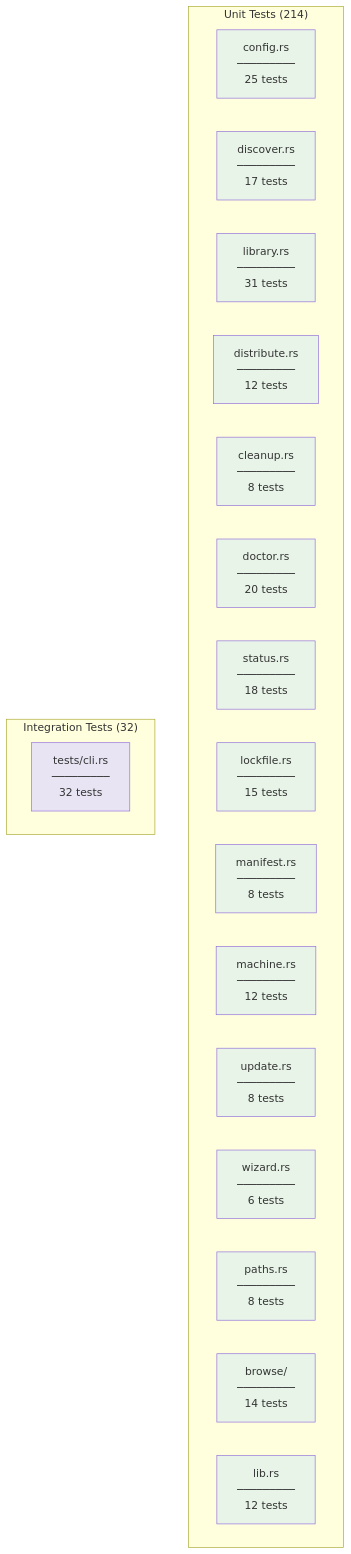
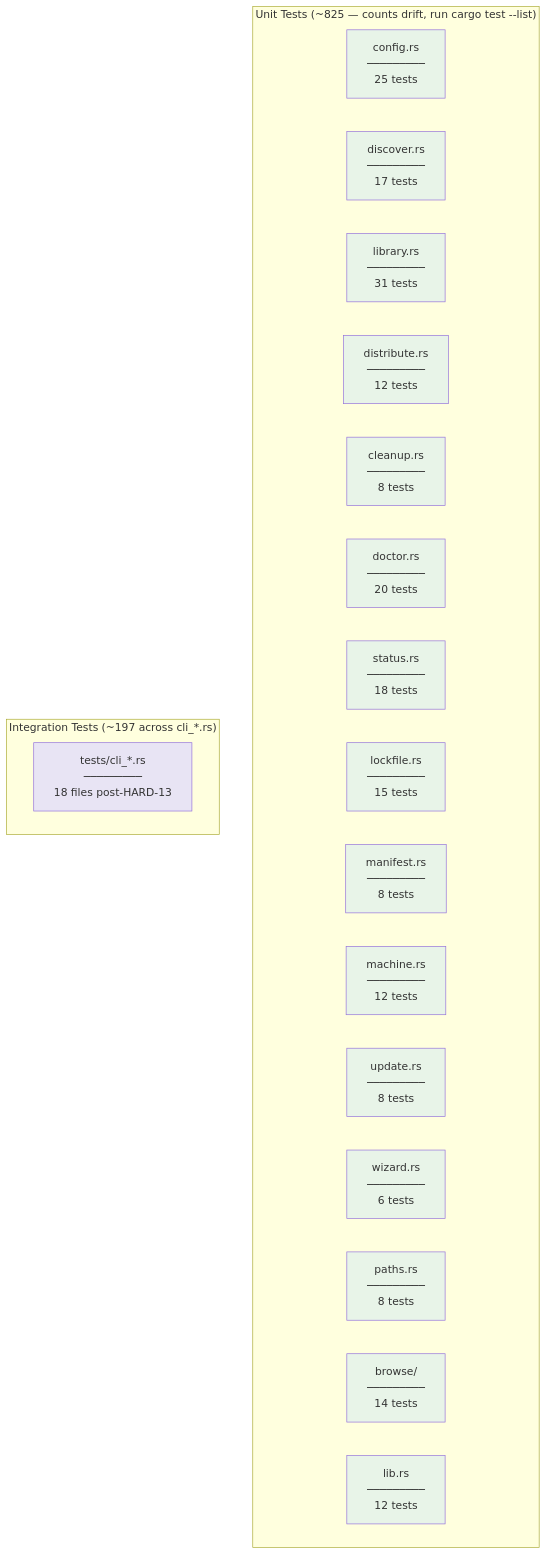
Before and after one commit to MartinP7r/tome: the third of 5 diagrams in docs/src/test-setup.md, drawn with Mermaid. The commit also changed other lines of this file and 16 other files, not shown here.

````diff
--- a/docs/src/test-setup.md
+++ b/docs/src/test-setup.md
@@ -56,41 +56,41 @@
 ```mermaid
 graph TB
-    subgraph unit_tests["Unit Tests (214)"]
+    subgraph unit_tests["Unit Tests (~825 — counts drift, run cargo test --list)"]
         CONFIG["config.rs<br/>─────────<br/>25 tests"]
         DISCOVER["discover.rs<br/>─────────<br/>17 tests"]
         LIBRARY["library.rs<br/>─────────<br/>31 tests"]
         DISTRIBUTE["distribute.rs<br/>─────────<br/>12 tests"]
         CLEANUP["cleanup.rs<br/>─────────<br/>8 tests"]
         DOCTOR["doctor.rs<br/>─────────<br/>20 tests"]
         STATUS["status.rs<br/>─────────<br/>18 tests"]
         LOCKFILE["lockfile.rs<br/>─────────<br/>15 tests"]
         MANIFEST["manifest.rs<br/>─────────<br/>8 tests"]
         MACHINE["machine.rs<br/>─────────<br/>12 tests"]
         UPDATE["update.rs<br/>─────────<br/>8 tests"]
         WIZARD["wizard.rs<br/>─────────<br/>6 tests"]
         PATHS["paths.rs<br/>─────────<br/>8 tests"]
         BROWSE["browse/<br/>─────────<br/>14 tests"]
         LIB["lib.rs<br/>─────────<br/>12 tests"]
     end
 
-    subgraph integration_tests["Integration Tests (32)"]
-        CLI["tests/cli.rs<br/>─────────<br/>32 tests"]
+    subgraph integration_tests["Integration Tests (~197 across cli_*.rs)"]
+        CLI["tests/cli_*.rs<br/>─────────<br/>18 files post-HARD-13"]
     end
 
     style CONFIG fill:#e8f4e8
     style DISCOVER fill:#e8f4e8
     style LIBRARY fill:#e8f4e8
     style DISTRIBUTE fill:#e8f4e8
     style CLEANUP fill:#e8f4e8
     style DOCTOR fill:#e8f4e8
     style STATUS fill:#e8f4e8
     style LOCKFILE fill:#e8f4e8
     style MANIFEST fill:#e8f4e8
     style MACHINE fill:#e8f4e8
     style UPDATE fill:#e8f4e8
     style WIZARD fill:#e8f4e8
     style PATHS fill:#e8f4e8
     style BROWSE fill:#e8f4e8
     style LIB fill:#e8f4e8
     style CLI fill:#e8e4f4
 ```
````
